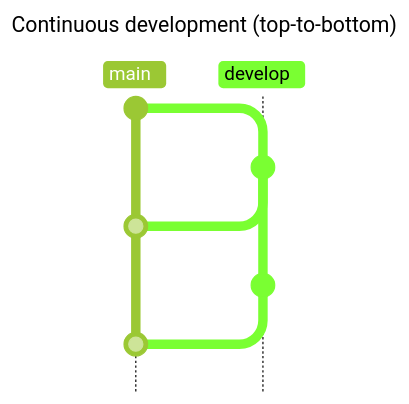
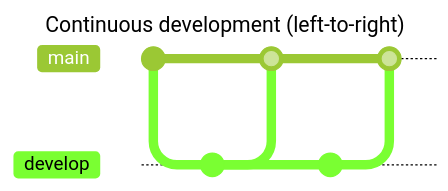
The diagram in corpus/git/mermaid/demo-git_003.mmd (kinyoklion/carcimaid), drawn with Mermaid (forest theme) before and after one commit. The commit also changed 70 other files, not shown here. Commit ids are hidden.

```diff
--- a/corpus/git/mermaid/demo-git_003.mmd
+++ b/corpus/git/mermaid/demo-git_003.mmd
@@ -1,14 +1,14 @@
 ---
-title: Continuous development (top-to-bottom)
+title: Continuous development (left-to-right)
 ---
-gitGraph TB:
+gitGraph LR:
 commit
 branch develop
 checkout develop
 commit
 checkout main
 merge develop
 checkout develop
 commit
 checkout main
 merge develop
```
